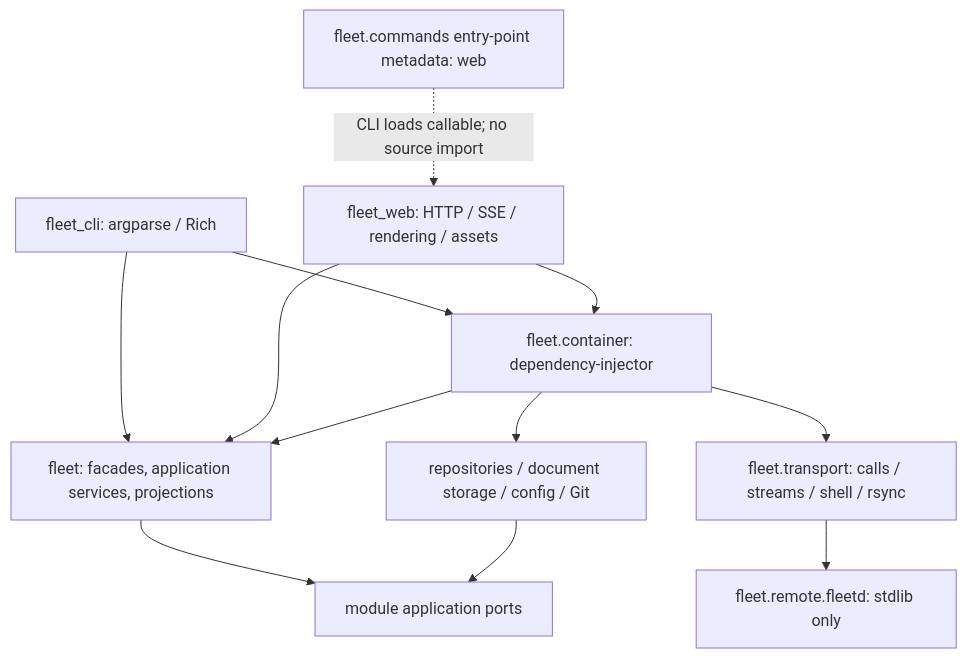
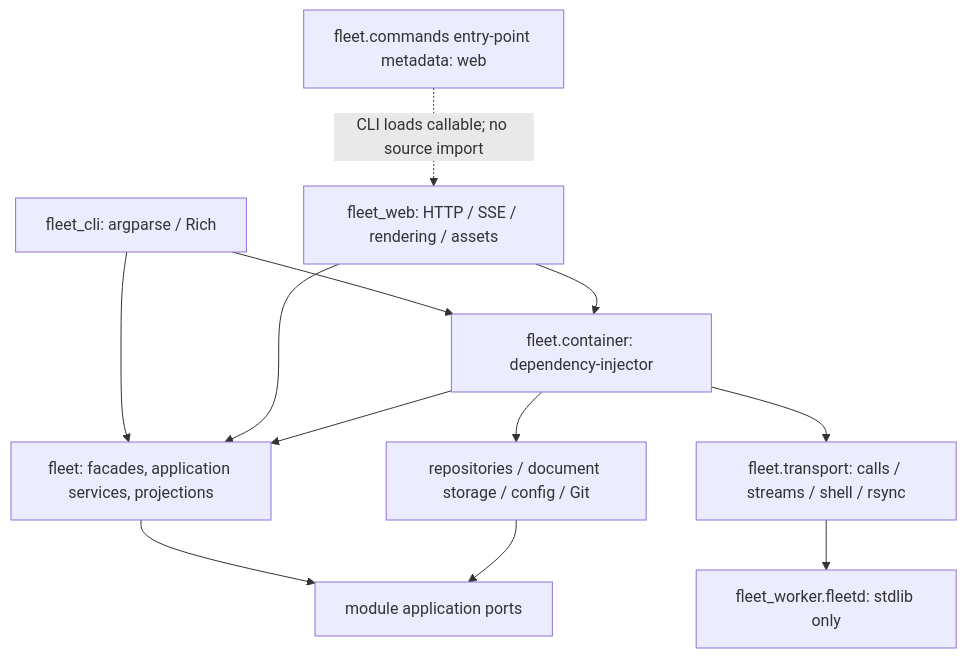
Before and after one commit to adieyal/agent-fleet: the first of 2 diagrams in docs/adr/0010-extract-fleet-library.md, drawn with Mermaid. The commit also changed other lines of this file and 60 other files, not shown here.

Commit message:
feat(worker): split fleetd distribution and enforce wire protocol

````diff
--- a/docs/adr/0010-extract-fleet-library.md
+++ b/docs/adr/0010-extract-fleet-library.md
@@ -7,14 +7,14 @@
 ```mermaid
 flowchart TD
   CLI["fleet_cli: argparse / Rich"] --> API["fleet: facades, application services, projections"]
   WEB["fleet_web: HTTP / SSE / rendering / assets"] --> API
   CLI --> DI["fleet.container: dependency-injector"]
   WEB --> DI
   DI --> API
   DI --> INF["repositories / document storage / config / Git"]
   DI --> TX["fleet.transport: calls / streams / shell / rsync"]
   API --> PORTS["module application ports"]
   INF --> PORTS
-  TX --> WORKER["fleet.remote.fleetd: stdlib only"]
+  TX --> WORKER["fleet_worker.fleetd: stdlib only"]
   PLUGIN["fleet.commands entry-point metadata: web"] -. "CLI loads callable; no source import" .-> WEB
 ```
````
